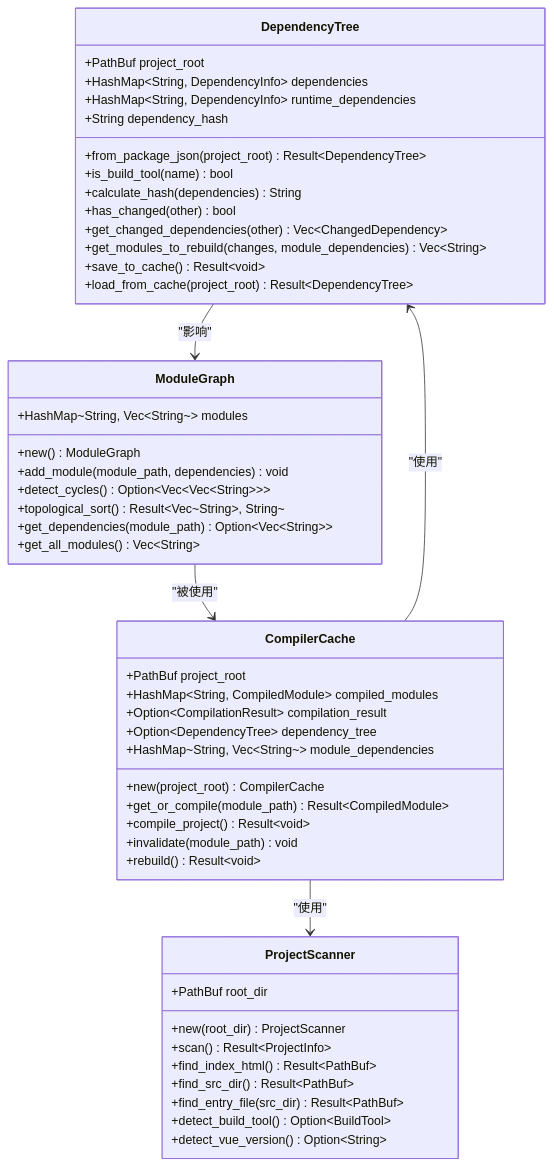
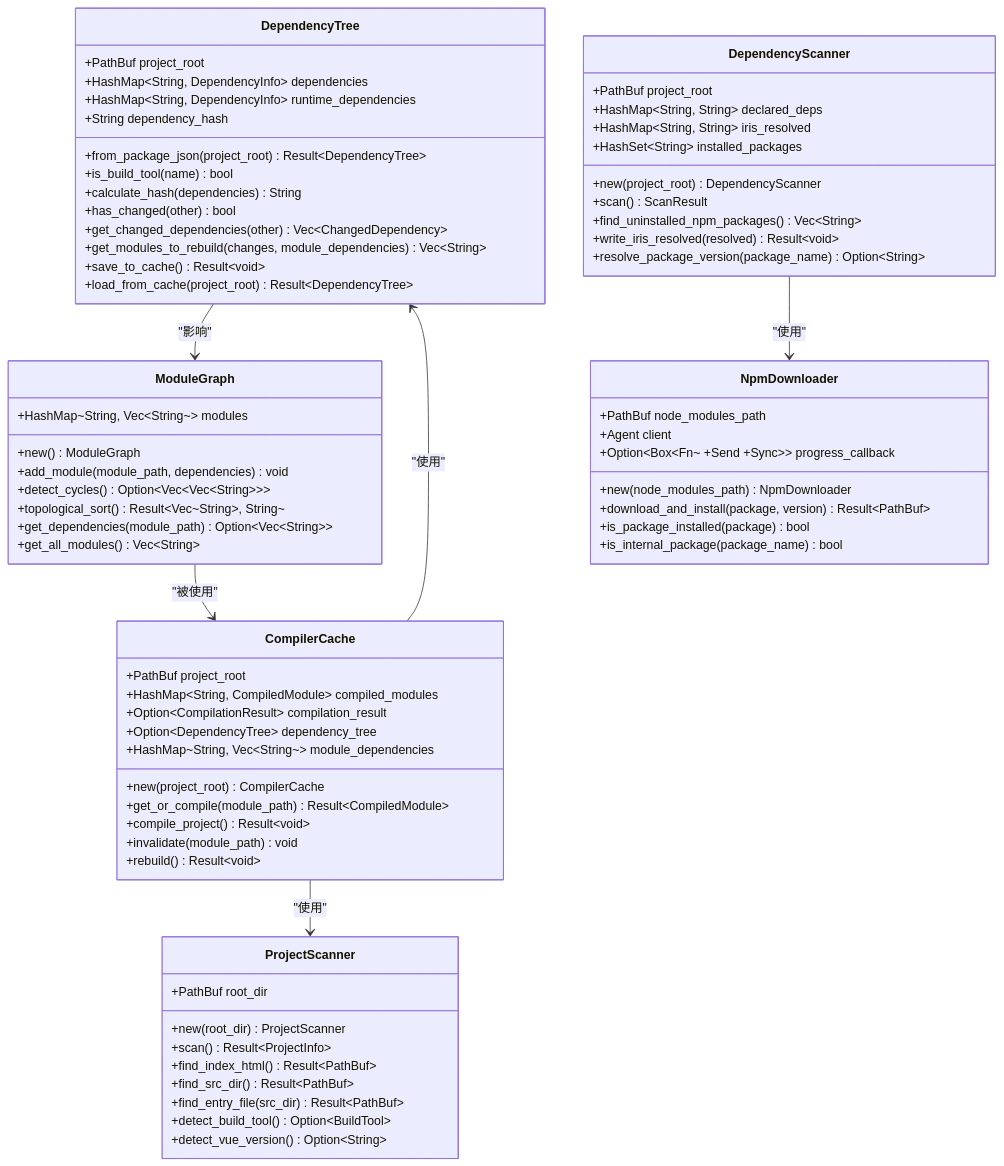
One commit to itszzl-sudo/iris changed the second of 13 diagrams in .qoder/repowiki/zh/content/核心功能特性/依赖树管理功能文档.md. Above: the diagram before and after it, drawn with Mermaid. The commit also changed other lines of this file and 63 other files, not shown here.

````diff
--- a/.qoder/repowiki/zh/content/核心功能特性/依赖树管理功能文档.md
+++ b/.qoder/repowiki/zh/content/核心功能特性/依赖树管理功能文档.md
@@ -108,52 +135,73 @@
 ```mermaid
 classDiagram
 class DependencyTree {
 +PathBuf project_root
 +HashMap~String, DependencyInfo~ dependencies
 +HashMap~String, DependencyInfo~ runtime_dependencies
 +String dependency_hash
 +from_package_json(project_root) Result~DependencyTree~
 +is_build_tool(name) bool
 +calculate_hash(dependencies) String
 +has_changed(other) bool
 +get_changed_dependencies(other) Vec~ChangedDependency~
 +get_modules_to_rebuild(changes, module_dependencies) Vec~String~
 +save_to_cache() Result~void~
 +load_from_cache(project_root) Result~DependencyTree~
+}
+class DependencyScanner {
++PathBuf project_root
++HashMap~String, String~ declared_deps
++HashMap~String, String~ iris_resolved
++HashSet~String~ installed_packages
++new(project_root) DependencyScanner
++scan() ScanResult
++find_uninstalled_npm_packages() Vec~String~
++write_iris_resolved(resolved) Result~void~
++resolve_package_version(package_name) Option~String~
 }
 class ModuleGraph {
 +HashMap~String, Vec~String~~ modules
 +new() ModuleGraph
 +add_module(module_path, dependencies) void
 +detect_cycles() Option~Vec~Vec~String~~~
 +topological_sort() Result~Vec~String~, String~
 +get_dependencies(module_path) Option~Vec~String~~
 +get_all_modules() Vec~String~
 }
 class ProjectScanner {
 +PathBuf root_dir
 +new(root_dir) ProjectScanner
 +scan() Result~ProjectInfo~
 +find_index_html() Result~PathBuf~
 +find_src_dir() Result~PathBuf~
 +find_entry_file(src_dir) Result~PathBuf~
 +detect_build_tool() Option~BuildTool~
 +detect_vue_version() Option~String~
 }
 class CompilerCache {
 +PathBuf project_root
 +HashMap~String, CompiledModule~ compiled_modules
 +Option~CompilationResult~ compilation_result
 +Option~DependencyTree~ dependency_tree
 +HashMap~String, Vec~String~~ module_dependencies
 +new(project_root) CompilerCache
 +get_or_compile(module_path) Result~CompiledModule~
 +compile_project() Result~void~
 +invalidate(module_path) void
 +rebuild() Result~void~
 }
+class NpmDownloader {
++PathBuf node_modules_path
++Agent client
++Option~Box~Fn~ +Send +Sync~~ progress_callback
++new(node_modules_path) NpmDownloader
++download_and_install(package, version) Result~PathBuf~
++is_package_installed(package) bool
++is_internal_package(package_name) bool
+}
 DependencyTree --> ModuleGraph : "影响"
 CompilerCache --> DependencyTree : "使用"
 CompilerCache --> ProjectScanner : "使用"
 ModuleGraph --> CompilerCache : "被使用"
+DependencyScanner --> NpmDownloader : "使用"
 ```
````
